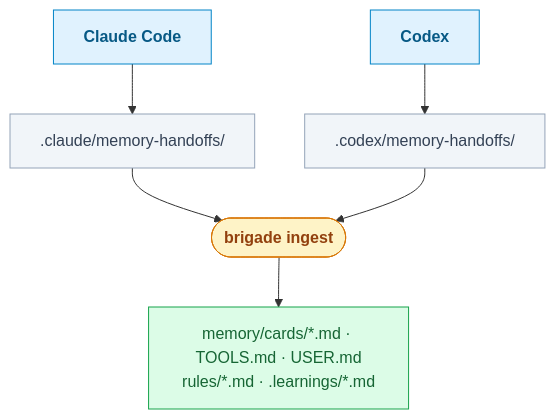
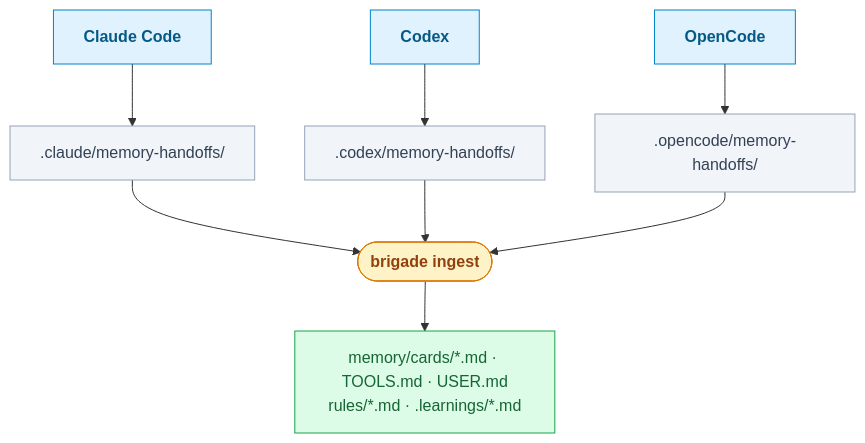
Before and after one commit to escoffier-labs/brigade: the diagram in README.md, drawn with Mermaid. The commit also changed other lines of this file, not shown here.

Commit message:
docs(readme): show opencode handoff ingestion

````diff
--- a/README.md
+++ b/README.md
@@ -68,25 +68,29 @@
 ```mermaid
 flowchart TB
     CC["<b>Claude Code</b>"]
     CX["<b>Codex</b>"]
+    OC["<b>OpenCode</b>"]
     CCI[".claude/memory-handoffs/"]
     CXI[".codex/memory-handoffs/"]
+    OCI[".opencode/memory-handoffs/"]
     CC --> CCI
     CX --> CXI
+    OC --> OCI
 
     ING(["<b>brigade ingest</b>"])
     CCI --> ING
     CXI --> ING
+    OCI --> ING
 
     OUT["memory/cards/*.md · TOOLS.md · USER.md<br/>rules/*.md · .learnings/*.md"]
     ING --> OUT
 
     classDef harness fill:#e0f2fe,stroke:#0284c7,color:#075985;
     classDef inbox fill:#f1f5f9,stroke:#94a3b8,color:#334155;
     classDef ingest fill:#fef3c7,stroke:#d97706,color:#92400e;
     classDef store fill:#dcfce7,stroke:#16a34a,color:#166534;
-    class CC,CX harness;
-    class CCI,CXI inbox;
+    class CC,CX,OC harness;
+    class CCI,CXI,OCI inbox;
     class ING ingest;
     class OUT store;
 ```
````
